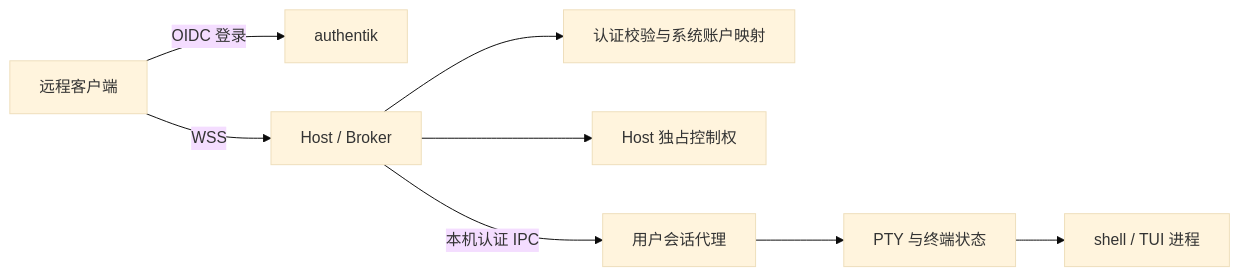
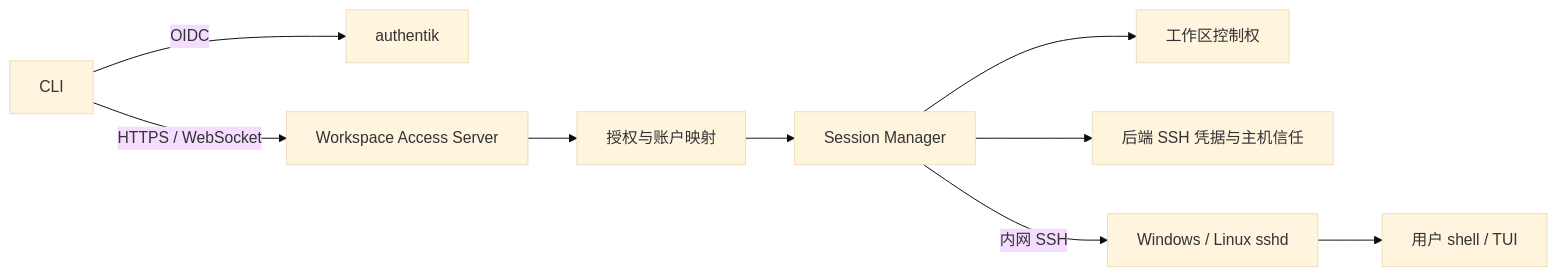
Before and after one commit to Nitload-NSI/charac: the diagram in docs/architecture.md, drawn with Mermaid (base theme). The commit also changed other lines of this file and 190 other files, not shown here.

Commit message:
Build Charac server and client with OIDC, SSH sessions, and packages

````diff
--- a/docs/architecture.md
+++ b/docs/architecture.md
@@ -5,10 +5,11 @@
 ```mermaid
 flowchart LR
-    Client[远程客户端] -->|OIDC 登录| Auth[authentik]
-    Client -->|WSS| Broker[Host / Broker]
-    Broker --> Policy[认证校验与系统账户映射]
-    Broker --> Gate[Host 独占控制权]
-    Broker -->|本机认证 IPC| Agent[用户会话代理]
-    Agent --> Terminal[PTY 与终端状态]
-    Terminal --> Shell[shell / TUI 进程]
+    Client[CLI] -->|OIDC| Auth[authentik]
+    Client -->|HTTPS / WebSocket| Server[Workspace Access Server]
+    Server --> Policy[授权与账户映射]
+    Policy --> Manager[Session Manager]
+    Manager --> Gate[工作区控制权]
+    Manager --> SSHAuth[后端 SSH 凭据与主机信任]
+    Manager -->|内网 SSH| Sshd[Windows / Linux sshd]
+    Sshd --> Shell[用户 shell / TUI]
 ```
````
